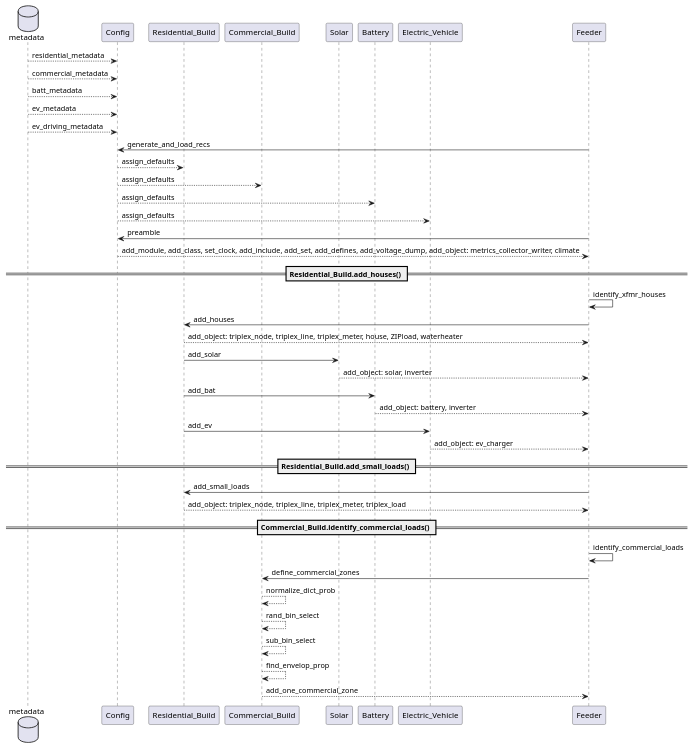
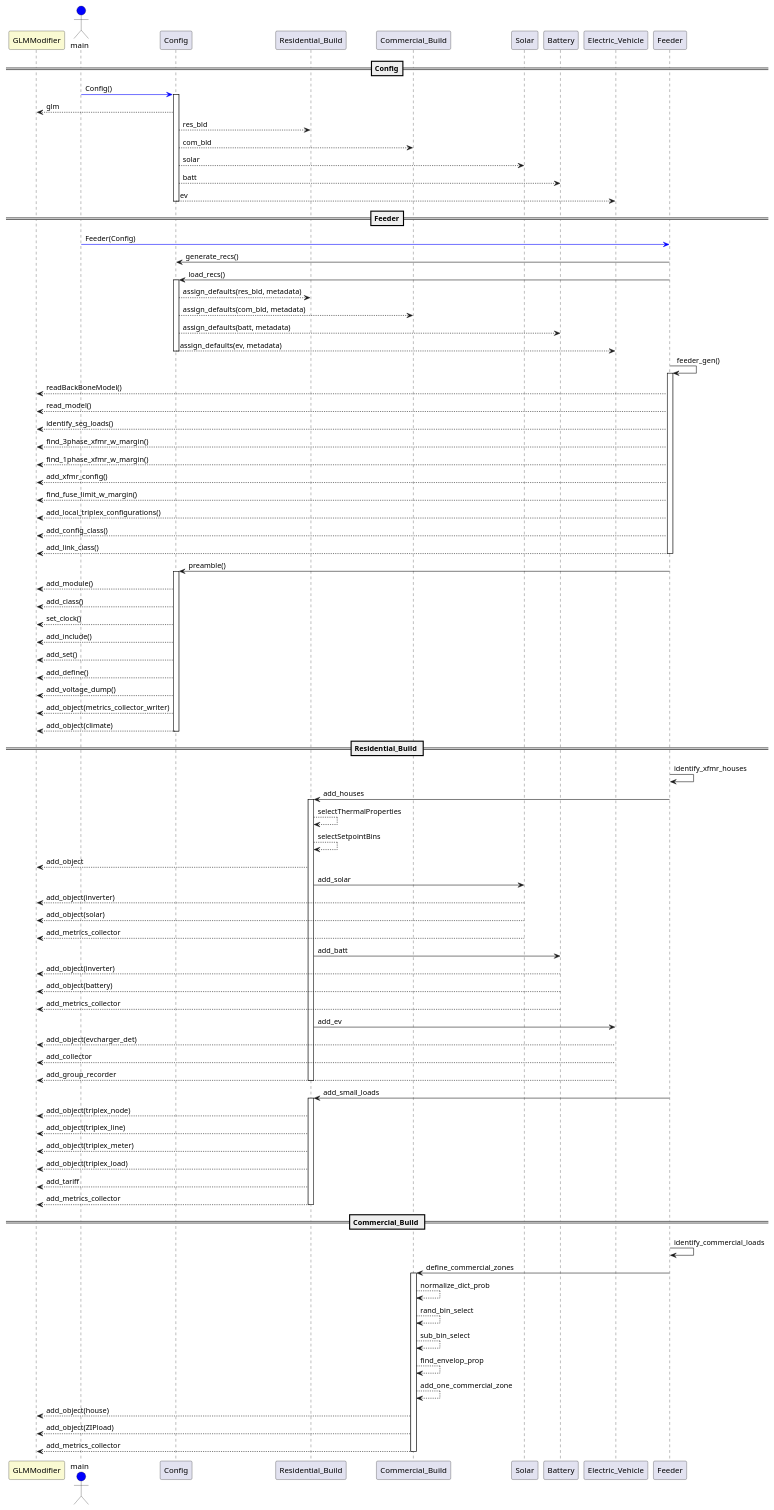
The diagram in doc/design/feeder_generator/gld_residential_feeder_sequence.wsd (pnnl/tesp), drawn with PlantUML before and after one commit. The commit also changed 2 other files, not shown here.

```diff
--- a/doc/design/feeder_generator/gld_residential_feeder_sequence.wsd
+++ b/doc/design/feeder_generator/gld_residential_feeder_sequence.wsd
@@ -1,49 +1,108 @@
 @startuml gld_residential_feeder_sequence.wsd
-database metadata
+
+participant GLMModifier #LightGoldenRodYellow
+actor main #blue
 participant Config
 participant Residential_Build
 participant Commercial_Build
 participant Solar 
 participant Battery 
 participant Electric_Vehicle
 participant Feeder
 
-metadata --> Config: residential_metadata
-metadata --> Config: commercial_metadata
-metadata --> Config: batt_metadata
-metadata --> Config: ev_metadata
-metadata --> Config: ev_driving_metadata
+==Config==
+main -[#blue]> Config: Config()
+activate Config
+Config --> GLMModifier: glm
+Config --> Residential_Build: res_bld
+Config --> Commercial_Build: com_bld
+Config --> Solar: solar
+Config --> Battery: batt
+Config --> Electric_Vehicle: ev
+deactivate Config
+==Feeder== 
+main -[#blue]> Feeder: Feeder(Config)
+Feeder -> Config: generate_recs()
+Feeder -> Config: load_recs()
+activate Config 
+Config --> Residential_Build: assign_defaults(res_bld, metadata)
+Config --> Commercial_Build: assign_defaults(com_bld, metadata)
+Config --> Battery: assign_defaults(batt, metadata)
+Config --> Electric_Vehicle: assign_defaults(ev, metadata)
+deactivate Config
 
-Feeder -> Config: generate_and_load_recs
-Config --> Residential_Build: assign_defaults
-Config --> Commercial_Build: assign_defaults
-Config --> Battery: assign_defaults
-Config --> Electric_Vehicle: assign_defaults
-Feeder -> Config: preamble
-Config -->  Feeder: add_module, add_class, set_clock, add_include, add_set, add_defines, add_voltage_dump, add_object: metrics_collector_writer, climate
+Feeder -> Feeder: feeder_gen() 
+activate Feeder
+Feeder --> GLMModifier: readBackBoneModel()
+Feeder --> GLMModifier: read_model()
+Feeder --> GLMModifier: identify_seg_loads()
+Feeder --> GLMModifier: find_3phase_xfmr_w_margin()
+Feeder --> GLMModifier: find_1phase_xfmr_w_margin()
+Feeder --> GLMModifier: add_xfmr_config()
+Feeder --> GLMModifier: find_fuse_limit_w_margin()
+Feeder --> GLMModifier: add_local_triplex_configurations()
+Feeder --> GLMModifier: add_config_class()
+Feeder --> GLMModifier: add_link_class()
+deactivate Feeder
 
-== Residential_Build.add_houses() ==
+Feeder -> Config: preamble()
+activate Config
+Config --> GLMModifier: add_module() 
+Config --> GLMModifier: add_class()
+Config --> GLMModifier: set_clock()
+Config --> GLMModifier: add_include()
+Config --> GLMModifier: add_set()
+Config --> GLMModifier: add_define()
+Config --> GLMModifier: add_voltage_dump()
+Config --> GLMModifier: add_object(metrics_collector_writer)
+Config --> GLMModifier: add_object(climate)
+deactivate Config
+
+== Residential_Build ==
 Feeder -> Feeder: identify_xfmr_houses
+
 Feeder -> Residential_Build: add_houses
-return add_object: triplex_node, triplex_line, triplex_meter, house, ZIPload, waterheater
+activate Residential_Build
+Residential_Build --> Residential_Build: selectThermalProperties
+Residential_Build --> Residential_Build: selectSetpointBins
+Residential_Build --> GLMModifier: add_object
 Residential_Build -> Solar: add_solar
-Solar --> Feeder: add_object: solar, inverter
-Residential_Build -> Battery: add_bat
-Battery --> Feeder: add_object: battery, inverter
+Solar --> GLMModifier: add_object(inverter)
+Solar --> GLMModifier: add_object(solar)
+Solar --> GLMModifier: add_metrics_collector
+Residential_Build -> Battery: add_batt
+Battery --> GLMModifier: add_object(inverter)
+Battery --> GLMModifier: add_object(battery)
+Battery --> GLMModifier: add_metrics_collector
 Residential_Build -> Electric_Vehicle: add_ev
-Electric_Vehicle --> Feeder: add_object: ev_charger
+Electric_Vehicle --> GLMModifier: add_object(evcharger_det)
+Electric_Vehicle --> GLMModifier: add_collector
+Electric_Vehicle --> GLMModifier: add_group_recorder
+deactivate Residential_Build
 
-== Residential_Build.add_small_loads() ==
+
 Feeder -> Residential_Build: add_small_loads
-Residential_Build --> Feeder: add_object: triplex_node, triplex_line, triplex_meter, triplex_load
+activate Residential_Build
+Residential_Build --> GLMModifier: add_object(triplex_node)
+Residential_Build --> GLMModifier: add_object(triplex_line)
+Residential_Build --> GLMModifier: add_object(triplex_meter)
+Residential_Build --> GLMModifier: add_object(triplex_load)
+Residential_Build --> GLMModifier: add_tariff
+Residential_Build --> GLMModifier: add_metrics_collector
+deactivate Residential_Build
 
-== Commercial_Build.identify_commercial_loads() ==
+== Commercial_Build ==
 Feeder -> Feeder: identify_commercial_loads
 Feeder -> Commercial_Build: define_commercial_zones
+activate Commercial_Build
 Commercial_Build --> Commercial_Build: normalize_dict_prob
 Commercial_Build --> Commercial_Build: rand_bin_select 
 Commercial_Build --> Commercial_Build: sub_bin_select
 Commercial_Build --> Commercial_Build: find_envelop_prop
-Commercial_Build --> Feeder: add_one_commercial_zone
+Commercial_Build --> Commercial_Build: add_one_commercial_zone
+Commercial_Build --> GLMModifier: add_object(house)
+Commercial_Build --> GLMModifier: add_object(ZIPload)
+Commercial_Build --> GLMModifier: add_metrics_collector
+deactivate Commercial_Build
 
 @enduml
```
